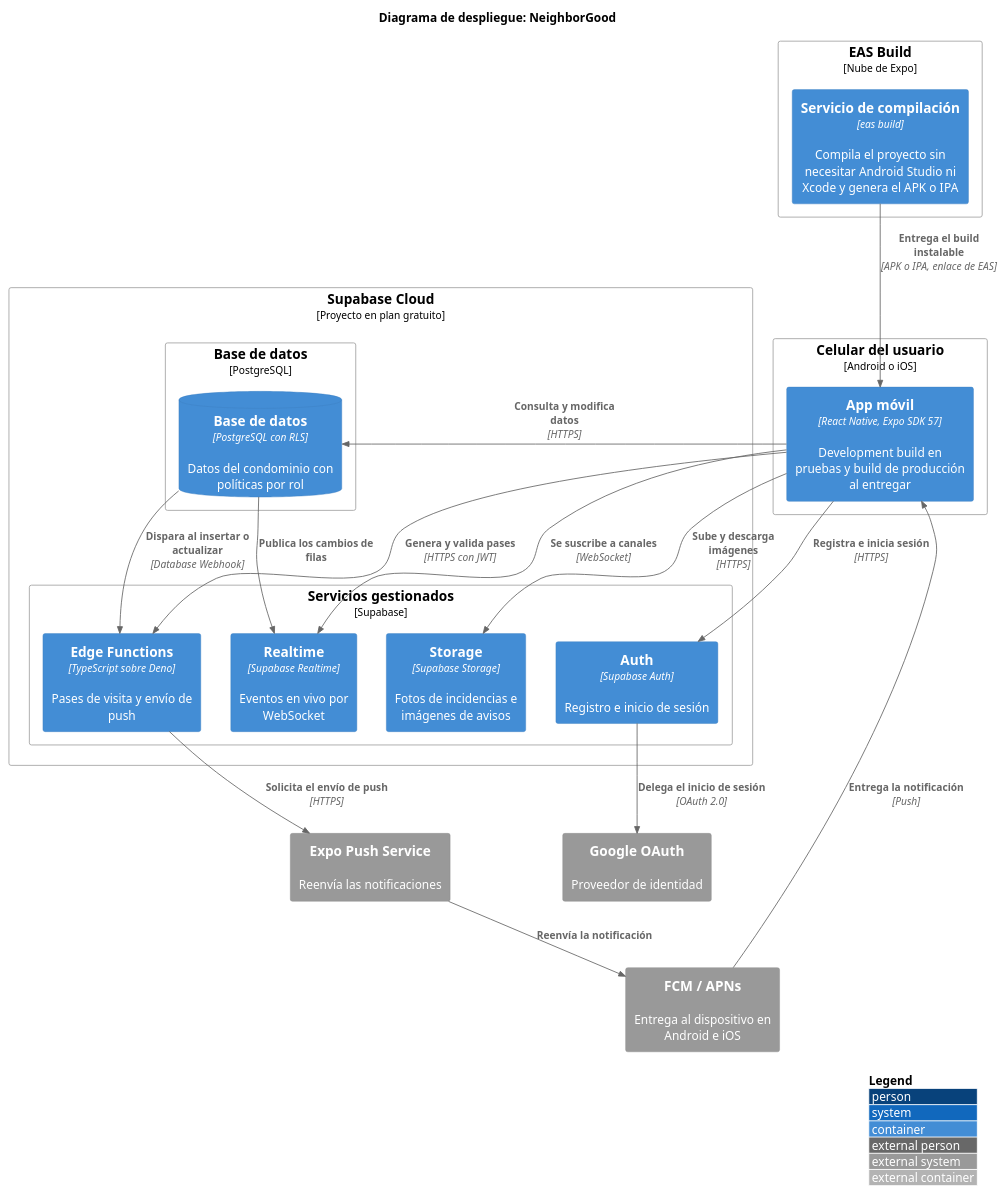
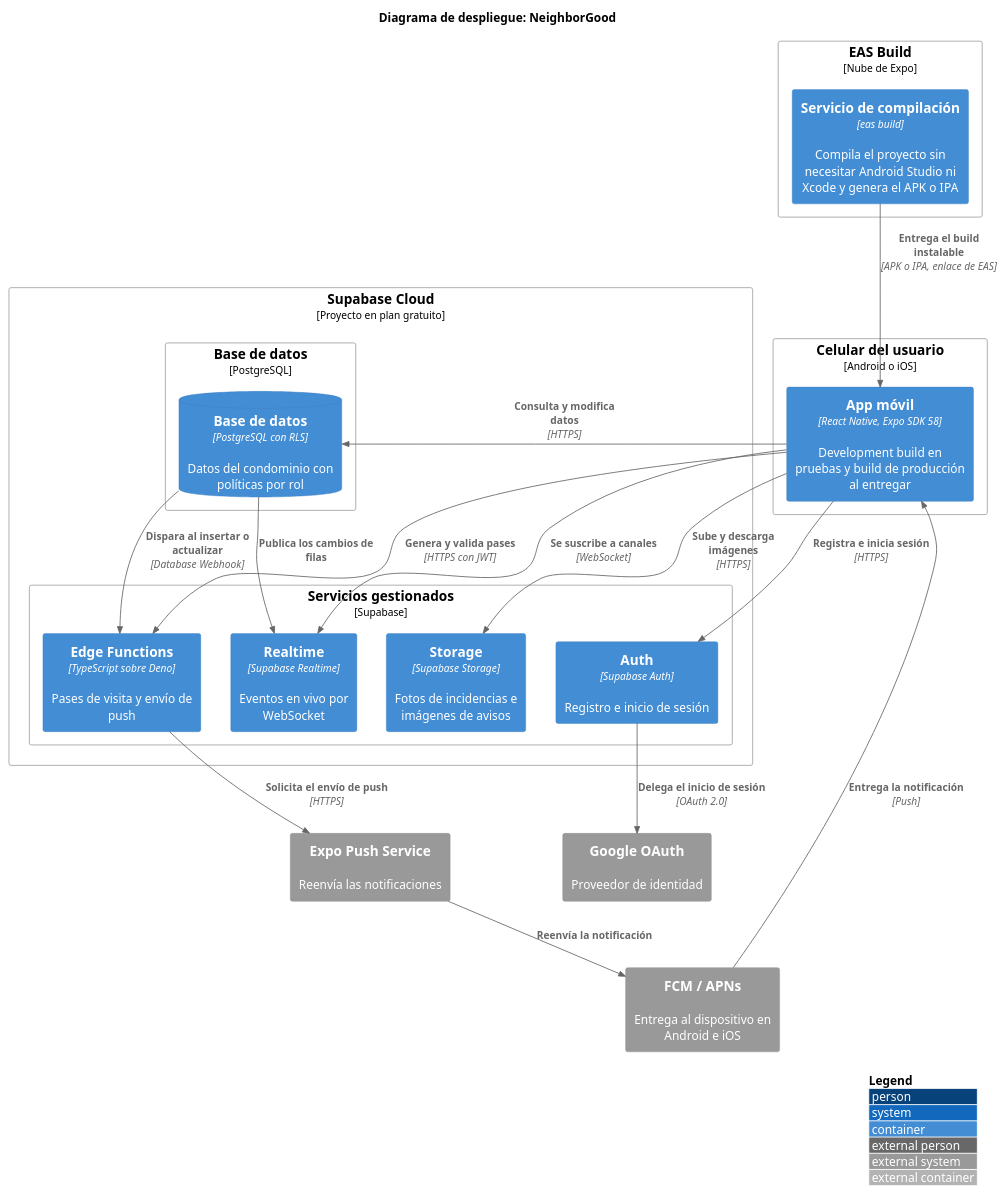
Before and after one commit to liusamfung/neighborgood-project: the diagram in docs/Arquitectura/DiagramaDeDespliegue_C4Model.puml, drawn with PlantUML. The commit also changed 3 other files, not shown here.

Commit message:
Corrige las menciones al SDK 57 en DISENO.md y en los tres diagramas C4

```diff
--- a/docs/Arquitectura/DiagramaDeDespliegue_C4Model.puml
+++ b/docs/Arquitectura/DiagramaDeDespliegue_C4Model.puml
@@ -1,46 +1,46 @@
 @startuml C4_4_Despliegue
 !include <C4/C4_Deployment>
 
 title Diagrama de despliegue: NeighborGood
 
 LAYOUT_WITH_LEGEND()
 
 Deployment_Node(cel, "Celular del usuario", "Android o iOS") {
-    Container(app, "App móvil", "React Native, Expo SDK 57", "Development build en pruebas y build de producción al entregar")
+    Container(app, "App móvil", "React Native, Expo SDK 58", "Development build en pruebas y build de producción al entregar")
 }
 
 Deployment_Node(eas, "EAS Build", "Nube de Expo") {
     Container(build, "Servicio de compilación", "eas build", "Compila el proyecto sin necesitar Android Studio ni Xcode y genera el APK o IPA")
 }
 
 Deployment_Node(sbcloud, "Supabase Cloud", "Proyecto en plan gratuito") {
     Deployment_Node(servicios, "Servicios gestionados", "Supabase") {
         Container(auth, "Auth", "Supabase Auth", "Registro e inicio de sesión")
         Container(rt, "Realtime", "Supabase Realtime", "Eventos en vivo por WebSocket")
         Container(storage, "Storage", "Supabase Storage", "Fotos de incidencias e imágenes de avisos")
         Container(edge, "Edge Functions", "TypeScript sobre Deno", "Pases de visita y envío de push")
     }
     Deployment_Node(pg, "Base de datos", "PostgreSQL") {
         ContainerDb(db, "Base de datos", "PostgreSQL con RLS", "Datos del condominio con políticas por rol")
     }
 }
 
 System_Ext(expo, "Expo Push Service", "Reenvía las notificaciones")
 System_Ext(fcm, "FCM / APNs", "Entrega al dispositivo en Android e iOS")
 System_Ext(google, "Google OAuth", "Proveedor de identidad")
 
 Rel(build, app, "Entrega el build instalable", "APK o IPA, enlace de EAS")
 
 Rel(app, auth, "Registra e inicia sesión", "HTTPS")
 Rel(app, db, "Consulta y modifica datos", "HTTPS")
 Rel(app, storage, "Sube y descarga imágenes", "HTTPS")
 Rel(app, rt, "Se suscribe a canales", "WebSocket")
 Rel(app, edge, "Genera y valida pases", "HTTPS con JWT")
 
 Rel(auth, google, "Delega el inicio de sesión", "OAuth 2.0")
 Rel(db, rt, "Publica los cambios de filas")
 Rel(db, edge, "Dispara al insertar o actualizar", "Database Webhook")
 Rel(edge, expo, "Solicita el envío de push", "HTTPS")
 Rel(expo, fcm, "Reenvía la notificación")
 Rel(fcm, app, "Entrega la notificación", "Push")
 @enduml
```
